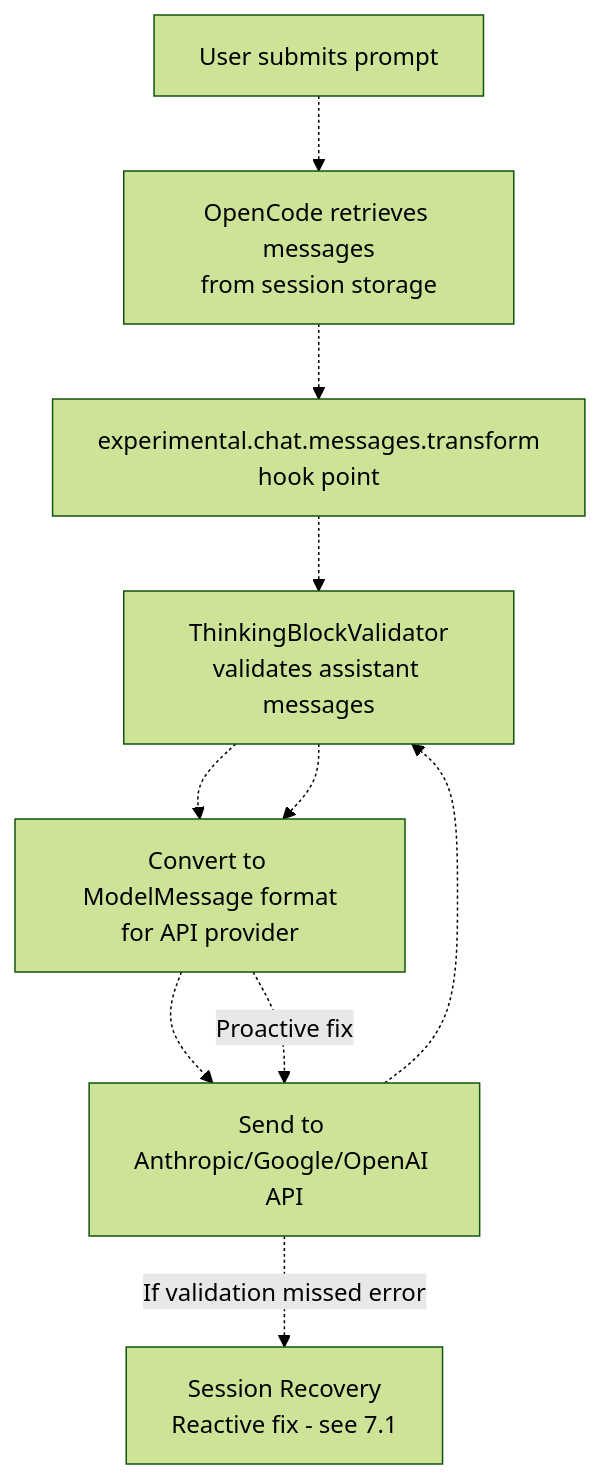
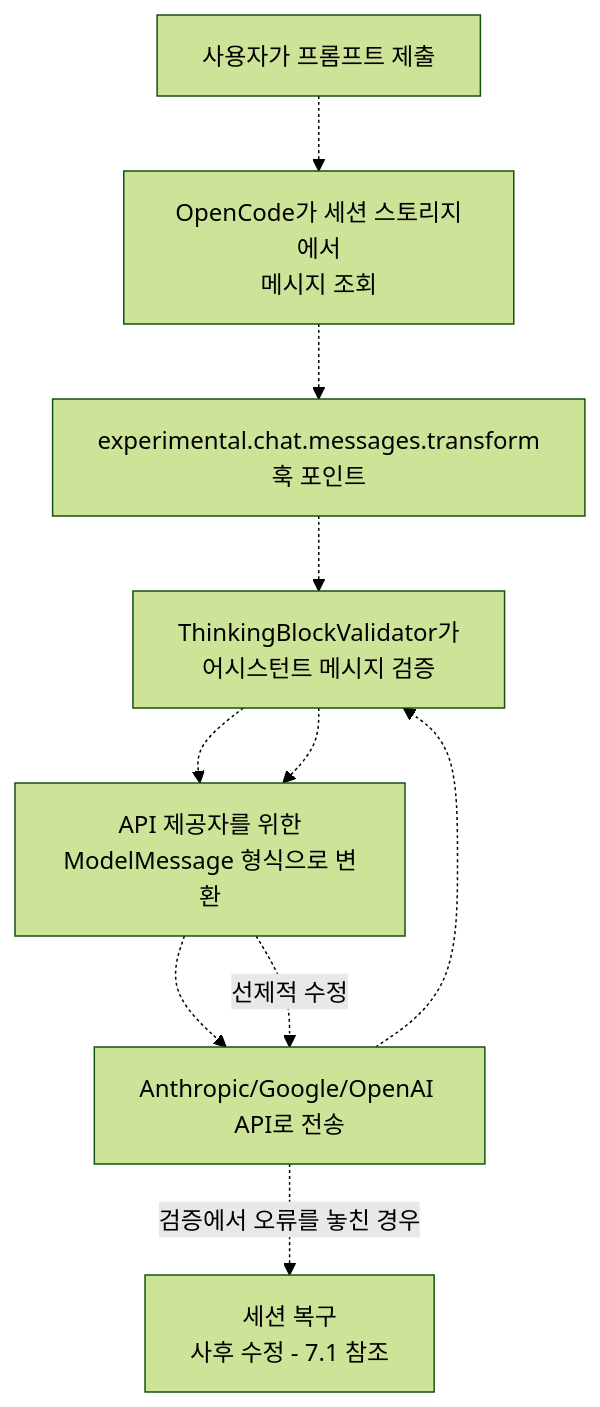
Before and after one commit to felipetruman/oh-my-opencode-docs: the first of 10 diagrams in docs/reliability/message-validation.md, drawn with Mermaid (forest theme). The commit also changed other lines of this file and 76 other files, not shown here.

````diff
--- a/docs/reliability/message-validation.md
+++ b/docs/reliability/message-validation.md
@@ -32,21 +32,21 @@
 ```mermaid
 flowchart TD
 
-UserPrompt["User submits prompt"]
-Retrieve["OpenCode retrieves messages<br>from session storage"]
-Transform["experimental.chat.messages.transform<br>hook point"]
-Validator["ThinkingBlockValidator<br>validates assistant messages"]
-ModelConvert["Convert to ModelMessage format<br>for API provider"]
-APICall["Send to Anthropic/Google/OpenAI API"]
-Recovery["Session Recovery<br>Reactive fix - see 7.1"]
+UserPrompt["사용자가 프롬프트 제출"]
+Retrieve["OpenCode가 세션 스토리지에서<br>메시지 조회"]
+Transform["experimental.chat.messages.transform<br>훅 포인트"]
+Validator["ThinkingBlockValidator가<br>어시스턴트 메시지 검증"]
+ModelConvert["API 제공자를 위한<br>ModelMessage 형식으로 변환"]
+APICall["Anthropic/Google/OpenAI API로 전송"]
+Recovery["세션 복구<br>사후 수정 - 7.1 참조"]
 
 UserPrompt -.-> Retrieve
 Retrieve -.-> Transform
 Transform -.-> Validator
 Validator -.-> ModelConvert
 ModelConvert -.-> APICall
 Validator -.-> ModelConvert
-ModelConvert -.->|"Proactive fix"| APICall
+ModelConvert -.->|"선제적 수정"| APICall
 APICall -.-> Validator
-APICall -.->|"If validation missed error"| Recovery
+APICall -.->|"검증에서 오류를 놓친 경우"| Recovery
 ```
````
